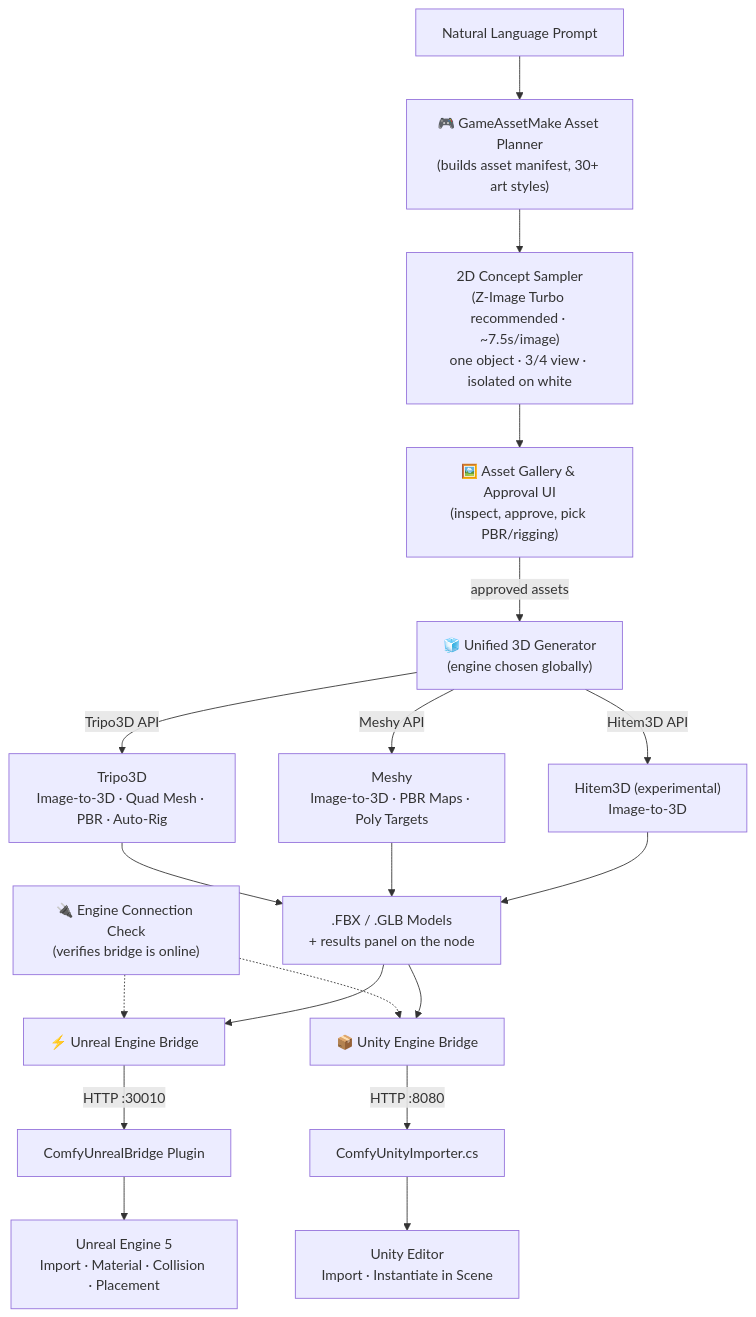
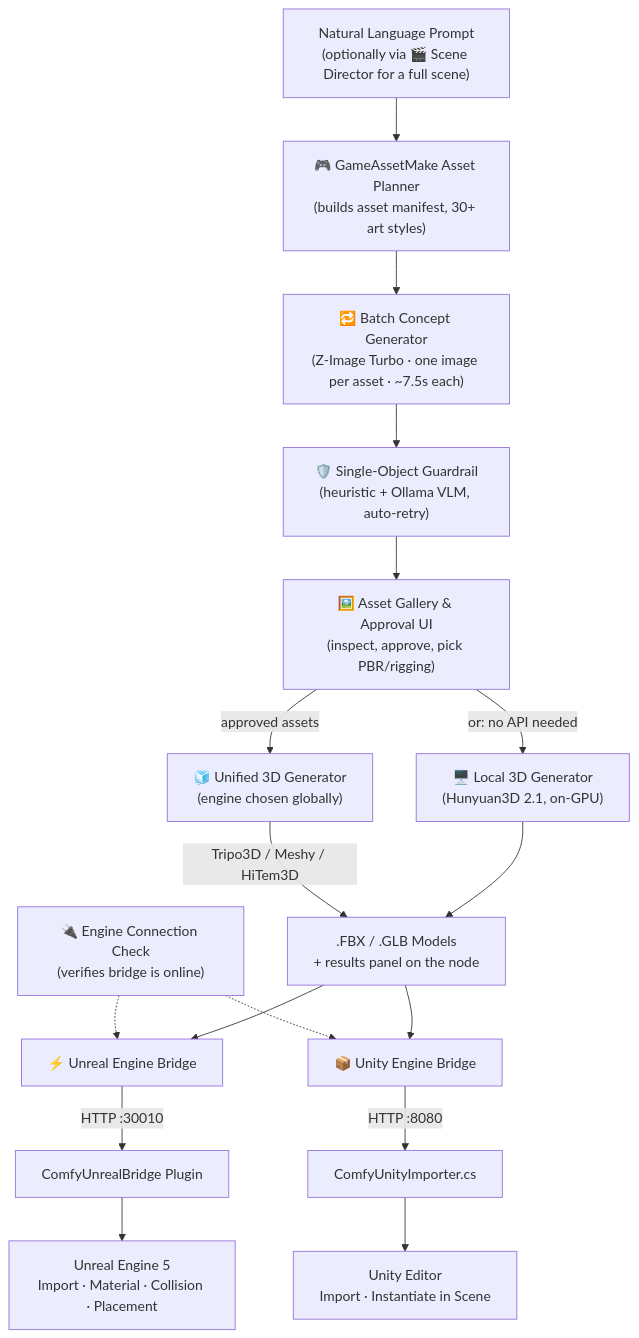
Before and after one commit to GeekatplayStudio/ComfyUI-Geekatplay-GameAssetMake: the diagram in README.md, drawn with Mermaid. The commit also changed other lines of this file, not shown here.

First line of the commit message:
Update README: full scene, local 3D, guardrail, validator all documented

````diff
--- a/README.md
+++ b/README.md
@@ -41,21 +41,19 @@
 ```mermaid
 flowchart TD
-    Prompt["Natural Language Prompt"] --> Planner["🎮 GameAssetMake Asset Planner\n(builds asset manifest, 30+ art styles)"]
-    Planner --> ConceptGen["2D Concept Sampler\n(Z-Image Turbo recommended · ~7.5s/image)\none object · 3/4 view · isolated on white"]
-    ConceptGen --> GalleryUI["🖼️ Asset Gallery & Approval UI\n(inspect, approve, pick PBR/rigging)"]
+    Prompt["Natural Language Prompt\n(optionally via 🎬 Scene Director for a full scene)"] --> Planner["🎮 GameAssetMake Asset Planner\n(builds asset manifest, 30+ art styles)"]
+    Planner --> ConceptGen["🔁 Batch Concept Generator\n(Z-Image Turbo · one image per asset · ~7.5s each)"]
+    ConceptGen --> Guardrail["🛡️ Single-Object Guardrail\n(heuristic + Ollama VLM, auto-retry)"]
+    Guardrail --> GalleryUI["🖼️ Asset Gallery & Approval UI\n(inspect, approve, pick PBR/rigging)"]
     GalleryUI -->|"approved assets"| Unified3D["🧊 Unified 3D Generator\n(engine chosen globally)"]
-    Unified3D -->|"Tripo3D API"| Tripo["Tripo3D\nImage-to-3D · Quad Mesh · PBR · Auto-Rig"]
-    Unified3D -->|"Meshy API"| Meshy["Meshy\nImage-to-3D · PBR Maps · Poly Targets"]
-    Unified3D -->|"Hitem3D API"| Hitem["Hitem3D (experimental)\nImage-to-3D"]
-    Tripo --> Models[".FBX / .GLB Models\n+ results panel on the node"]
-    Meshy --> Models
-    Hitem --> Models
+    GalleryUI -->|"or: no API needed"| LocalGen["🖥️ Local 3D Generator\n(Hunyuan3D 2.1, on-GPU)"]
+    Unified3D -->|"Tripo3D / Meshy / HiTem3D"| Models[".FBX / .GLB Models\n+ results panel on the node"]
+    LocalGen --> Models
     Check["🔌 Engine Connection Check\n(verifies bridge is online)"] -.-> UnrealBridge
     Check -.-> UnityBridge
     Models --> UnrealBridge["⚡ Unreal Engine Bridge"]
     Models --> UnityBridge["📦 Unity Engine Bridge"]
     UnrealBridge -->|"HTTP :30010"| UEPlugin["ComfyUnrealBridge Plugin"]
     UnityBridge -->|"HTTP :8080"| UnityPlugin["ComfyUnityImporter.cs"]
     UEPlugin --> UELevel["Unreal Engine 5\nImport · Material · Collision · Placement"]
     UnityPlugin --> UnityScene["Unity Editor\nImport · Instantiate in Scene"]
 ```
````
